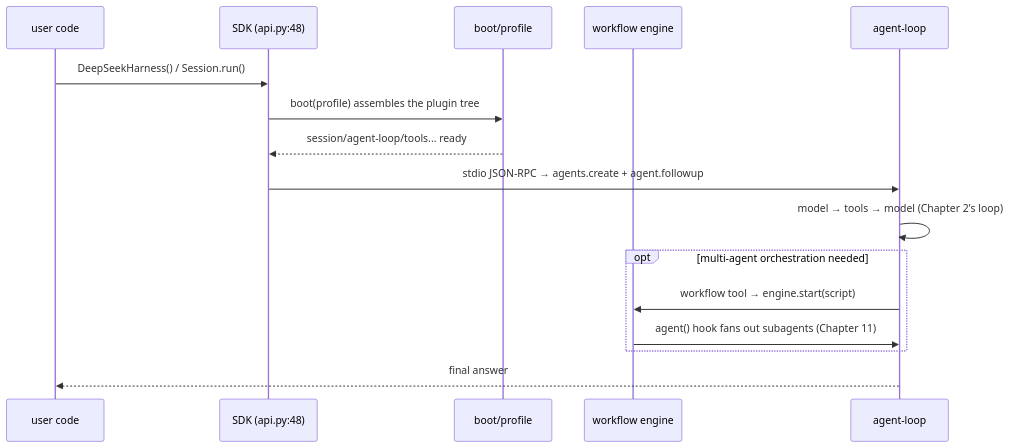
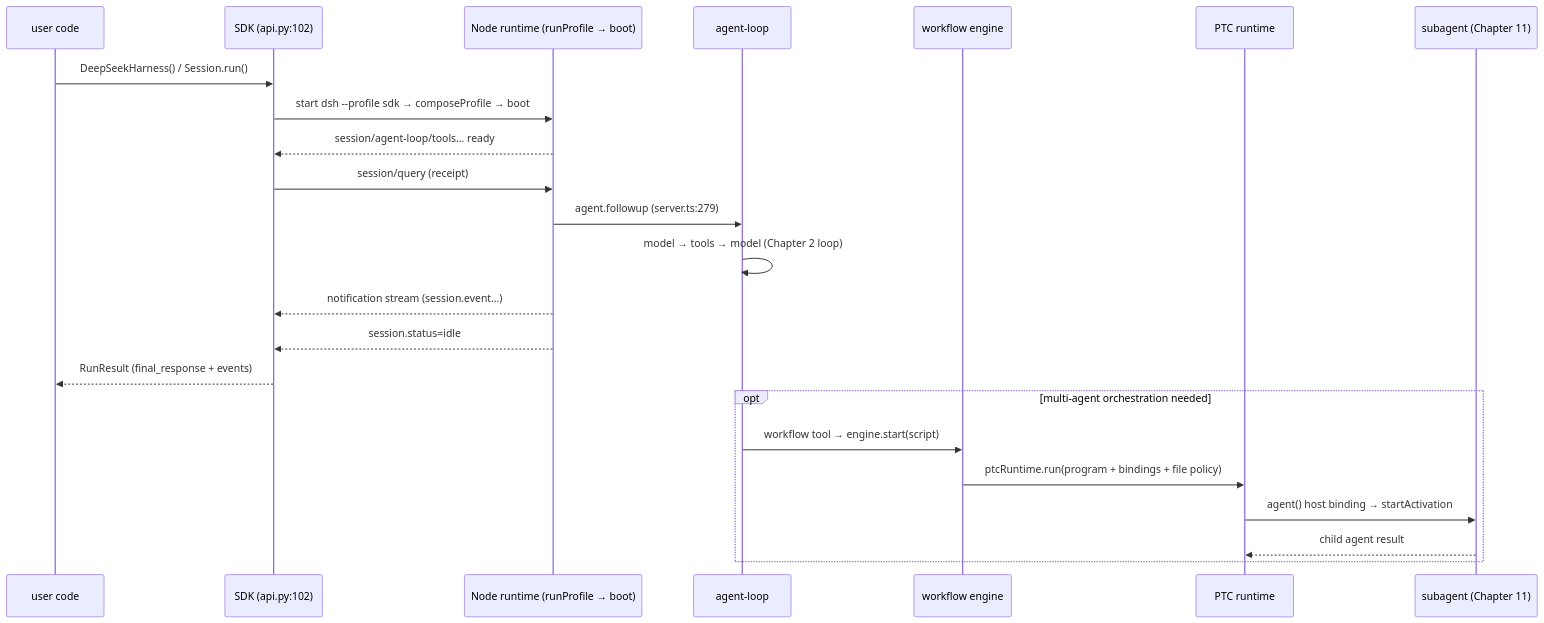
Before and after one commit to ChenYu1991ppak/deepseek-harness-anatomy: the second of 2 diagrams in ch17/ch17-workflow-ralph-python-e2e_en.md, drawn with Mermaid. The commit also changed other lines of this file and 124 other files, not shown here.

````diff
--- a/ch17/ch17-workflow-ralph-python-e2e_en.md
+++ b/ch17/ch17-workflow-ralph-python-e2e_en.md
@@ -348,18 +477,25 @@
 ```mermaid
 sequenceDiagram
     participant U as user code
-    participant S as SDK (api.py:48)
-    participant B as boot/profile
+    participant S as SDK (api.py:102)
+    participant B as Node runtime (runProfile → boot)
+    participant A as agent-loop
     participant W as workflow engine
-    participant A as agent-loop
+    participant P as PTC runtime
+    participant SB as subagent (Chapter 11)
     U->>S: DeepSeekHarness() / Session.run()
-    S->>B: boot(profile) assembles the plugin tree
+    S->>B: start dsh --profile sdk → composeProfile → boot
     B-->>S: session/agent-loop/tools... ready
-    S->>A: stdio JSON-RPC → agents.create + agent.followup
-    A->>A: model → tools → model (Chapter 2's loop)
+    S->>B: session/query (receipt)
+    B->>A: agent.followup (server.ts:279)
+    A->>A: model → tools → model (Chapter 2 loop)
+    B-->>S: notification stream (session.event…)
+    B-->>S: session.status=idle
+    S-->>U: RunResult (final_response + events)
     opt multi-agent orchestration needed
         A->>W: workflow tool → engine.start(script)
-        W->>A: agent() hook fans out subagents (Chapter 11)
+        W->>P: ptcRuntime.run(program + bindings + file policy)
+        P->>SB: agent() host binding → startActivation
+        SB-->>P: child agent result
     end
-    A-->>U: final answer
 ```
````
